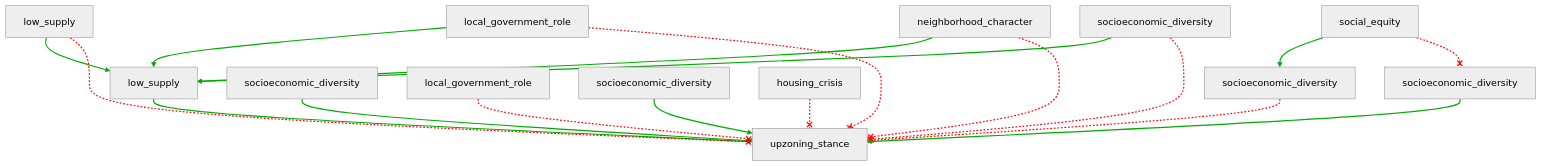
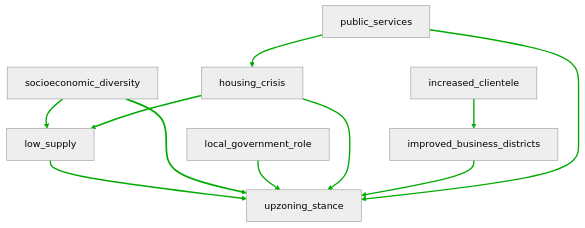
One commit to jajamoa/generative-minds changed the diagram in src/evaluation_T3/models/m07_BN/graph_reconstruction/reconstructed_graph_66f492656cd4d489382b27a8.md. Above: the diagram before and after it, drawn with Mermaid (neutral theme). The commit also changed 3 other files, not shown here.

Commit message:
add graph saving

````diff
--- a/src/evaluation_T3/models/m07_BN/graph_reconstruction/reconstructed_graph_66f492656cd4d489382b27a8.md
+++ b/src/evaluation_T3/models/m07_BN/graph_reconstruction/reconstructed_graph_66f492656cd4d489382b27a8.md
@@ -1,53 +1,34 @@
 ```mermaid
 flowchart TD
 %% Reconstructed Causal Graph
-%% Nodes: 13
-%% Edges: 17
+%% Nodes: 8
+%% Edges: 10
     upzoning_stance[upzoning_stance]
     n2[low_supply]
     n3[socioeconomic_diversity]
-    n5[socioeconomic_diversity]
     n6[local_government_role]
-    n7[socioeconomic_diversity]
-    n8[housing_crisis]
-    n9[low_supply]
-    n10[local_government_role]
-    n11[neighborhood_character]
-    n12[socioeconomic_diversity]
-    n13[social_equity]
-    n14[socioeconomic_diversity]
+    n9[housing_crisis]
+    n11[improved_business_districts]
+    n12[increased_clientele]
+    n14[public_services]
     n2 --> upzoning_stance
-    n3 --x upzoning_stance
-    n5 --> upzoning_stance
-    n6 --x upzoning_stance
-    n7 --> upzoning_stance
-    n8 --x upzoning_stance
+    n3 --> n2
+    n3 --> upzoning_stance
+    n6 --> upzoning_stance
     n9 --> n2
-    n9 --x upzoning_stance
-    n10 --> n2
-    n10 --x upzoning_stance
-    n11 --> n2
-    n11 --x upzoning_stance
-    n12 --> n2
-    n12 --x upzoning_stance
-    n13 --> n3
-    n13 --x n14
+    n9 --> upzoning_stance
+    n11 --> upzoning_stance
+    n12 --> n11
     n14 --> upzoning_stance
-    linkStyle 0 stroke:#00AA00,stroke-width:2px
-    linkStyle 1 stroke:#FF0000,stroke-dasharray:3,stroke-width:2px
-    linkStyle 2 stroke:#00AA00,stroke-width:2px
-    linkStyle 3 stroke:#FF0000,stroke-dasharray:3,stroke-width:2px
-    linkStyle 4 stroke:#00AA00,stroke-width:2px
-    linkStyle 5 stroke:#FF0000,stroke-dasharray:3,stroke-width:2px
-    linkStyle 6 stroke:#00AA00,stroke-width:2px
-    linkStyle 7 stroke:#FF0000,stroke-dasharray:3,stroke-width:2px
-    linkStyle 8 stroke:#00AA00,stroke-width:2px
-    linkStyle 9 stroke:#FF0000,stroke-dasharray:3,stroke-width:2px
-    linkStyle 10 stroke:#00AA00,stroke-width:2px
-    linkStyle 11 stroke:#FF0000,stroke-dasharray:3,stroke-width:2px
-    linkStyle 12 stroke:#00AA00,stroke-width:2px
-    linkStyle 13 stroke:#FF0000,stroke-dasharray:3,stroke-width:2px
-    linkStyle 14 stroke:#00AA00,stroke-width:2px
-    linkStyle 15 stroke:#FF0000,stroke-dasharray:3,stroke-width:2px
-    linkStyle 16 stroke:#00AA00,stroke-width:2px
+    n14 --> n9
+    linkStyle 0 stroke:#00AA00,stroke-width:2.3px
+    linkStyle 1 stroke:#00AA00,stroke-width:2.3px
+    linkStyle 2 stroke:#00AA00,stroke-width:2.9px
+    linkStyle 3 stroke:#00AA00,stroke-width:2.3px
+    linkStyle 4 stroke:#00AA00,stroke-width:2.7px
+    linkStyle 5 stroke:#00AA00,stroke-width:2.3px
+    linkStyle 6 stroke:#00AA00,stroke-width:2.3px
+    linkStyle 7 stroke:#00AA00,stroke-width:2.3px
+    linkStyle 8 stroke:#00AA00,stroke-width:2.3px
+    linkStyle 9 stroke:#00AA00,stroke-width:2.3px
 ```
````
